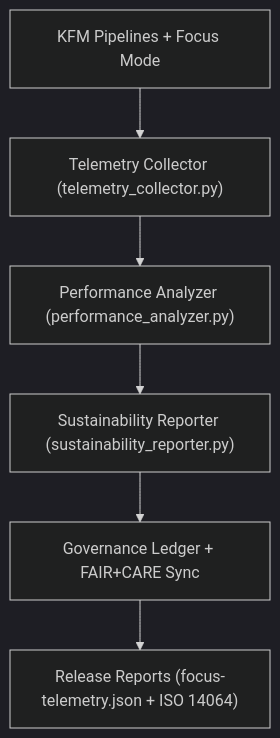
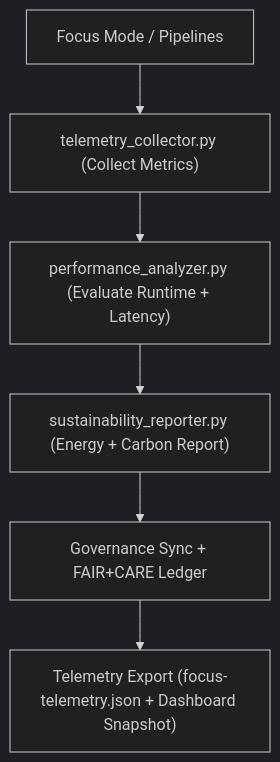
Before and after one commit to bartytime4life/Kansas-Frontier-Matrix: the diagram in tools/telemetry/README.md, drawn with Mermaid (dark theme). The commit also changed other lines of this file, not shown here.

````diff
--- a/tools/telemetry/README.md
+++ b/tools/telemetry/README.md
@@ -64,8 +68,8 @@
 ```mermaid
 flowchart TD
-    A["KFM Pipelines + Focus Mode"] --> B["Telemetry Collector (telemetry_collector.py)"]
-    B --> C["Performance Analyzer (performance_analyzer.py)"]
-    C --> D["Sustainability Reporter (sustainability_reporter.py)"]
-    D --> E["Governance Ledger + FAIR+CARE Sync"]
-    E --> F["Release Reports (focus-telemetry.json + ISO 14064)"]
+A["Focus Mode / Pipelines"] --> B["telemetry_collector.py (Collect Metrics)"]
+B --> C["performance_analyzer.py (Evaluate Runtime + Latency)"]
+C --> D["sustainability_reporter.py (Energy + Carbon Report)"]
+D --> E["Governance Sync + FAIR+CARE Ledger"]
+E --> F["Telemetry Export (focus-telemetry.json + Dashboard Snapshot)"]
 ```
````
